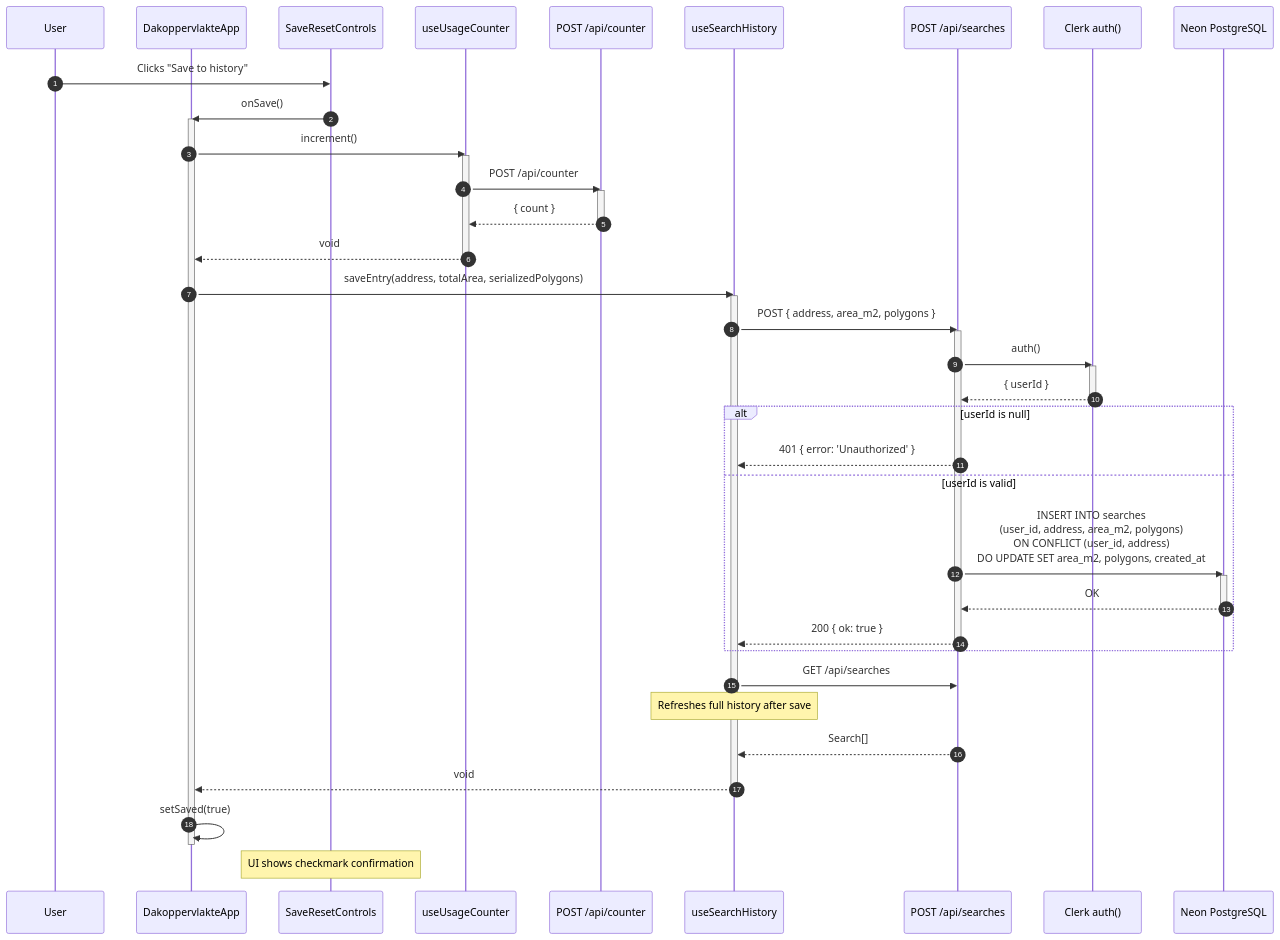
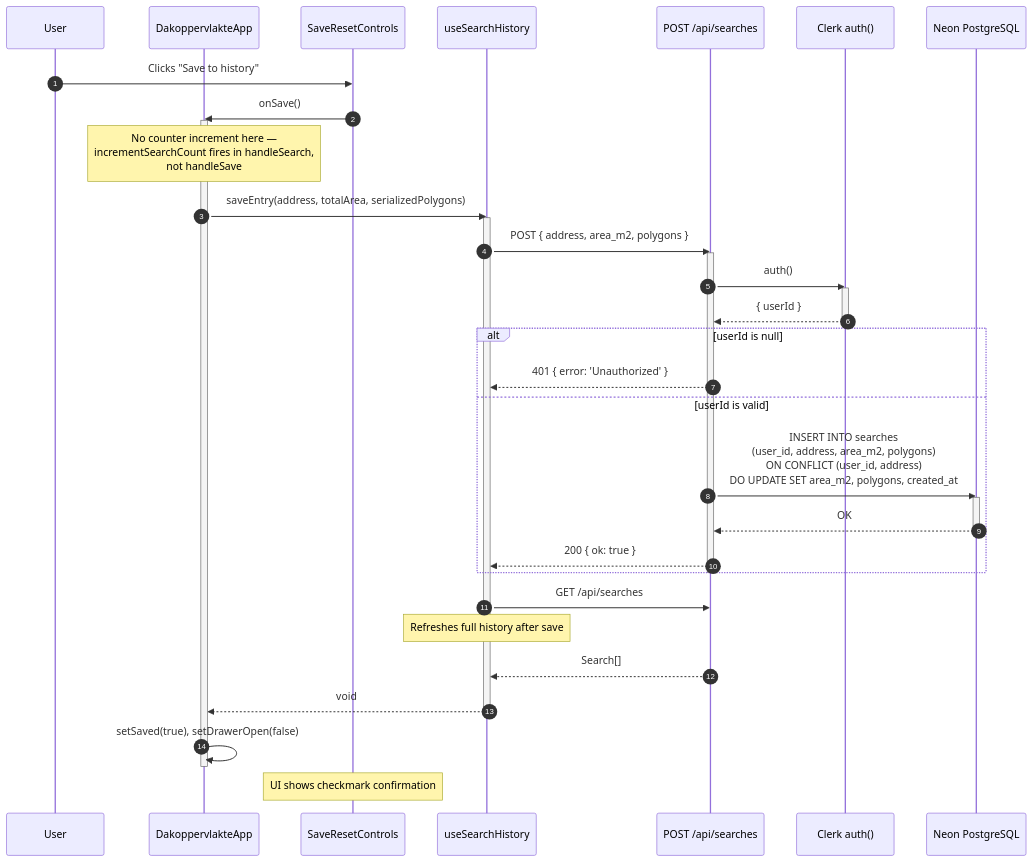
One commit to H3AR7B3A7/DakOppervlakte changed the diagram in docs/save-calculation.mermaid. Above: the diagram before and after it, drawn with Mermaid. The commit also changed 19 other files, not shown here.

```diff
--- a/docs/save-calculation.mermaid
+++ b/docs/save-calculation.mermaid
@@ -1,60 +1,51 @@
 sequenceDiagram
     autonumber
 
     participant User
     participant App as DakoppervlakteApp
     participant SR as SaveResetControls
-    participant UC as useUsageCounter
-    participant CounterAPI as POST /api/counter
     participant SH as useSearchHistory
     participant API as POST /api/searches
     participant Clerk as Clerk auth()
     participant DB as Neon PostgreSQL
 
     User ->> SR: Clicks "Save to history"
     SR ->> App: onSave()
     activate App
 
-    App ->> UC: increment()
-    activate UC
-    UC ->> CounterAPI: POST /api/counter
-    activate CounterAPI
-    CounterAPI -->> UC: { count }
-    deactivate CounterAPI
-    UC -->> App: void
-    deactivate UC
+    Note over App: No counter increment here —<br/>incrementSearchCount fires in handleSearch,<br/>not handleSave
 
     App ->> SH: saveEntry(address, totalArea, serializedPolygons)
     activate SH
 
     SH ->> API: POST { address, area_m2, polygons }
     activate API
 
     API ->> Clerk: auth()
     activate Clerk
     Clerk -->> API: { userId }
     deactivate Clerk
 
     alt userId is null
         API -->> SH: 401 { error: 'Unauthorized' }
     else userId is valid
         API ->> DB: INSERT INTO searches<br/>(user_id, address, area_m2, polygons)<br/>ON CONFLICT (user_id, address)<br/>DO UPDATE SET area_m2, polygons, created_at
         activate DB
         DB -->> API: OK
         deactivate DB
 
         API -->> SH: 200 { ok: true }
     end
     deactivate API
 
     SH ->> API: GET /api/searches
     Note over SH: Refreshes full history after save
     API -->> SH: Search[]
 
     SH -->> App: void
     deactivate SH
 
-    App ->> App: setSaved(true)
+    App ->> App: setSaved(true), setDrawerOpen(false)
     deactivate App
 
     Note over SR: UI shows checkmark confirmation
```
